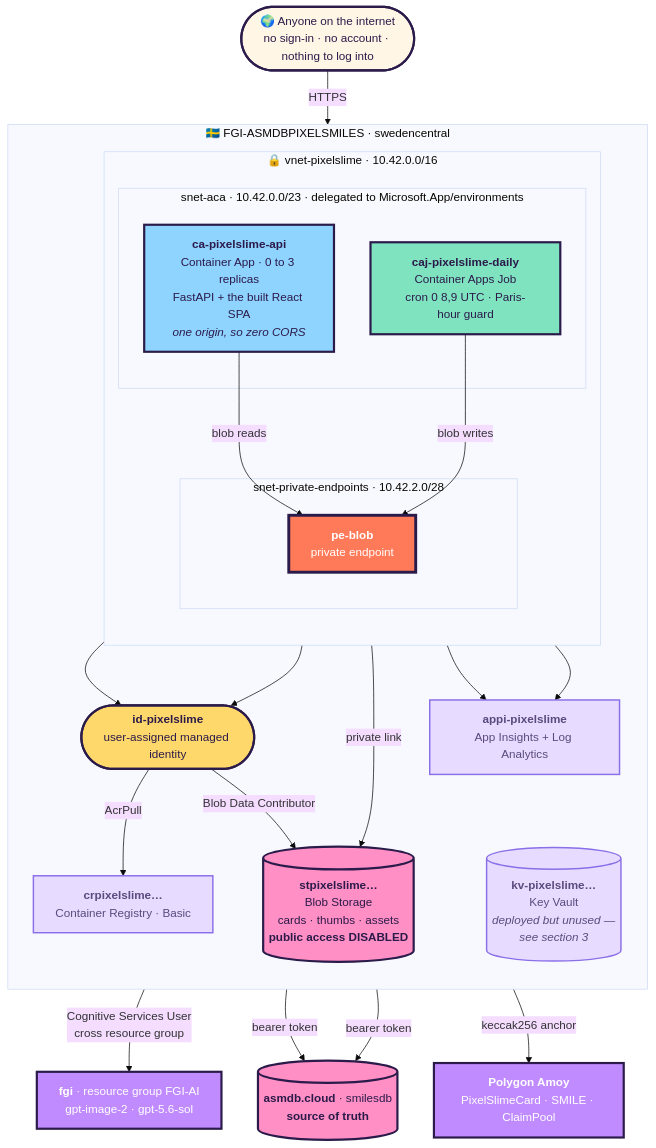
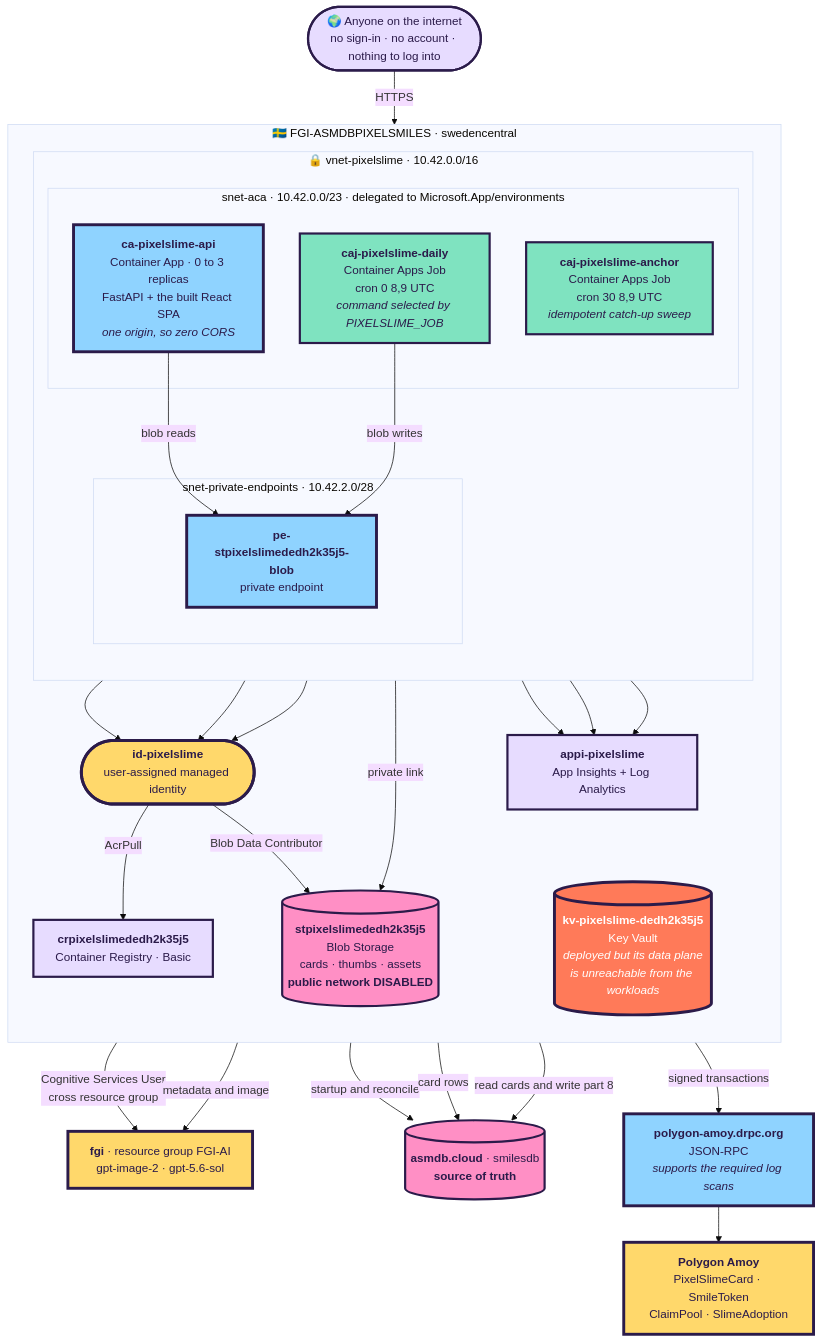
One commit to fredgis/pixelslime changed the first of 7 diagrams in docs/ARCHITECTURE.md. Above: the diagram before and after it, drawn with Mermaid (base theme). The commit also changed other lines of this file and 4 other files, not shown here.

````diff
--- a/docs/ARCHITECTURE.md
+++ b/docs/ARCHITECTURE.md
@@ -19,63 +42,65 @@
 ```mermaid
 flowchart TB
     NET(["🌍 Anyone on the internet<br/>no sign-in · no account · nothing to log into"])
 
     subgraph RG["🇸🇪 FGI-ASMDBPIXELSMILES · swedencentral"]
       direction TB
 
       subgraph VNET["🔒 vnet-pixelslime · 10.42.0.0/16"]
         direction TB
         subgraph SNETACA["snet-aca · 10.42.0.0/23 · delegated to Microsoft.App/environments"]
           API["<b>ca-pixelslime-api</b><br/>Container App · 0 to 3 replicas<br/>FastAPI + the built React SPA<br/><i>one origin, so zero CORS</i>"]
-          JOB["<b>caj-pixelslime-daily</b><br/>Container Apps Job<br/>cron 0 8,9 UTC · Paris-hour guard"]
+          DAILY["<b>caj-pixelslime-daily</b><br/>Container Apps Job<br/>cron 0 8,9 UTC<br/><i>command selected by PIXELSLIME_JOB</i>"]
+          ANCHOR["<b>caj-pixelslime-anchor</b><br/>Container Apps Job<br/>cron 30 8,9 UTC<br/><i>idempotent catch-up sweep</i>"]
         end
         subgraph SNETPE["snet-private-endpoints · 10.42.2.0/28"]
-          PE["<b>pe-blob</b><br/>private endpoint"]
+          PE["<b>pe-stpixelslimededh2k35j5-blob</b><br/>private endpoint"]
         end
       end
 
       MI(["<b>id-pixelslime</b><br/>user-assigned managed identity"])
-      ST[("<b>stpixelslime…</b><br/>Blob Storage<br/>cards · thumbs · assets<br/><b>public access DISABLED</b>")]
-      ACR["<b>crpixelslime…</b><br/>Container Registry · Basic"]
+      ST[("<b>stpixelslimededh2k35j5</b><br/>Blob Storage<br/>cards · thumbs · assets<br/><b>public network DISABLED</b>")]
+      ACR["<b>crpixelslimededh2k35j5</b><br/>Container Registry · Basic"]
       OBS["<b>appi-pixelslime</b><br/>App Insights + Log Analytics"]
-      KV[("<b>kv-pixelslime…</b><br/>Key Vault<br/><i>deployed but unused —<br/>see section 3</i>")]
+      KV[("<b>kv-pixelslime-dedh2k35j5</b><br/>Key Vault<br/><i>deployed but its data plane<br/>is unreachable from the workloads</i>")]
     end
 
     AI["<b>fgi</b> · resource group FGI-AI<br/>gpt-image-2 · gpt-5.6-sol"]
     DB[("<b>asmdb.cloud</b> · smilesdb<br/><b>source of truth</b>")]
-    CHAIN["<b>Polygon Amoy</b><br/>PixelSlimeCard · SMILE · ClaimPool"]
+    RPC["<b>polygon-amoy.drpc.org</b><br/>JSON-RPC<br/><i>supports the required log scans</i>"]
+    CHAIN["<b>Polygon Amoy</b><br/>PixelSlimeCard · SmileToken<br/>ClaimPool · SlimeAdoption"]
 
     NET -->|HTTPS| API
     API --> MI
-    JOB --> MI
+    DAILY --> MI
+    ANCHOR --> MI
     PE -->|private link| ST
     API -->|blob reads| PE
-    JOB -->|blob writes| PE
+    DAILY -->|blob writes| PE
     MI -->|Cognitive Services User<br/>cross resource group| AI
     MI -->|AcrPull| ACR
     MI -->|Blob Data Contributor| ST
-    API -->|bearer token| DB
-    JOB -->|bearer token| DB
-    JOB -->|keccak256 anchor| CHAIN
+    API -->|startup and reconcile| DB
+    DAILY -->|card rows| DB
+    ANCHOR -->|read cards and write part 8| DB
+    DAILY -->|metadata and image| AI
+    ANCHOR -->|signed transactions| RPC
+    RPC --> CHAIN
     API --> OBS
-    JOB --> OBS
+    DAILY --> OBS
+    ANCHOR --> OBS
 
-    classDef net    fill:#FFF6E5,stroke:#2B1B4A,stroke-width:3px,color:#2B1B4A
-    classDef app    fill:#8FD3FF,stroke:#2B1B4A,stroke-width:3px,color:#2B1B4A
-    classDef job    fill:#7FE3C0,stroke:#2B1B4A,stroke-width:3px,color:#2B1B4A
-    classDef ident  fill:#FFD86B,stroke:#2B1B4A,stroke-width:3px,color:#2B1B4A
-    classDef data   fill:#FF8FC5,stroke:#2B1B4A,stroke-width:3px,color:#2B1B4A
-    classDef model  fill:#C08BFF,stroke:#2B1B4A,stroke-width:3px,color:#FFFFFF
-    classDef priv   fill:#FF7A59,stroke:#2B1B4A,stroke-width:4px,color:#FFFFFF
-    classDef dim    fill:#E7DCFF,stroke:#8B6FE8,stroke-width:2px,color:#5B4A7D
+    classDef gold fill:#FFD86B,stroke:#2B1B4A,stroke-width:4px,color:#2B1B4A
+    classDef pink fill:#FF8FC5,stroke:#2B1B4A,stroke-width:3px,color:#2B1B4A
+    classDef lilac fill:#E7DCFF,stroke:#2B1B4A,stroke-width:3px,color:#2B1B4A
+    classDef orange fill:#FF7A59,stroke:#2B1B4A,stroke-width:4px,color:#FFFFFF
+    classDef blue fill:#8FD3FF,stroke:#2B1B4A,stroke-width:4px,color:#2B1B4A
+    classDef mint fill:#7FE3C0,stroke:#2B1B4A,stroke-width:3px,color:#2B1B4A
 
-    class NET net
-    class API app
-    class JOB job
-    class MI ident
-    class ST,DB data
-    class AI,CHAIN model
-    class PE priv
-    class ACR,OBS dim
-    class KV dim
+    class NET,ACR,OBS lilac
+    class API,PE,RPC blue
+    class DAILY,ANCHOR mint
+    class MI,AI,CHAIN gold
+    class ST,DB pink
+    class KV orange
 ```
````
